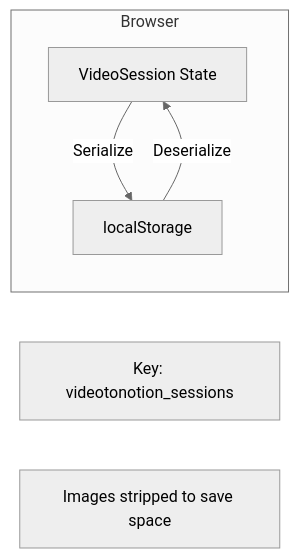
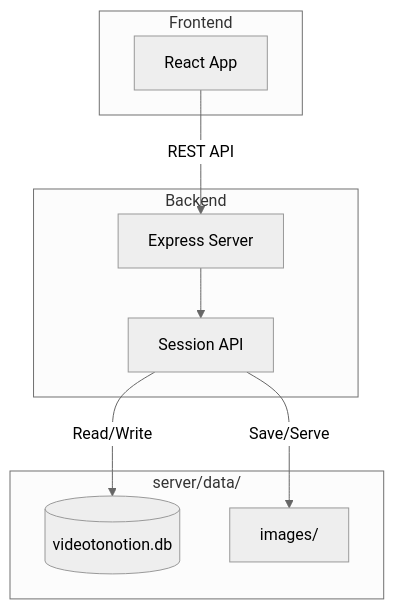
One commit to bianbianzhu/videotonotion changed the sixth of 7 diagrams in docs/ARCHITECTURE.md. Above: the diagram before and after it, drawn with Mermaid (neutral theme). The commit also changed other lines of this file and 5 other files, not shown here.

````diff
--- a/docs/ARCHITECTURE.md
+++ b/docs/ARCHITECTURE.md
@@ -273,13 +289,21 @@
 ```mermaid
-flowchart LR
-    subgraph Browser
-        A[VideoSession State]
-        B[localStorage]
+flowchart TB
+    subgraph Frontend
+        A[React App]
     end
 
-    A -->|Serialize| B
-    B -->|Deserialize| A
+    subgraph Backend
+        B[Express Server]
+        C[Session API]
+    end
 
-    note1[Key: videotonotion_sessions]
-    note2[Images stripped to save space]
+    subgraph Storage["server/data/"]
+        D[(videotonotion.db)]
+        E[images/]
+    end
+
+    A -->|REST API| B
+    B --> C
+    C -->|Read/Write| D
+    C -->|Save/Serve| E
 ```
````
